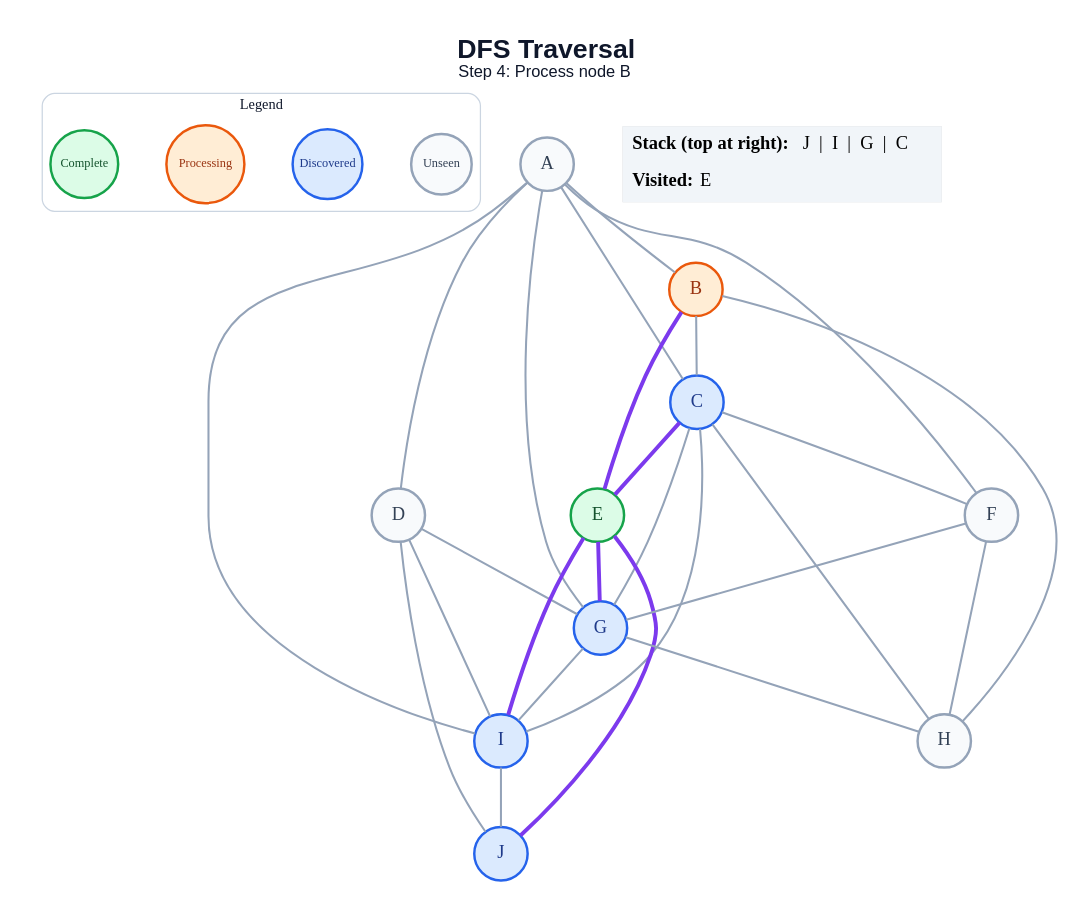
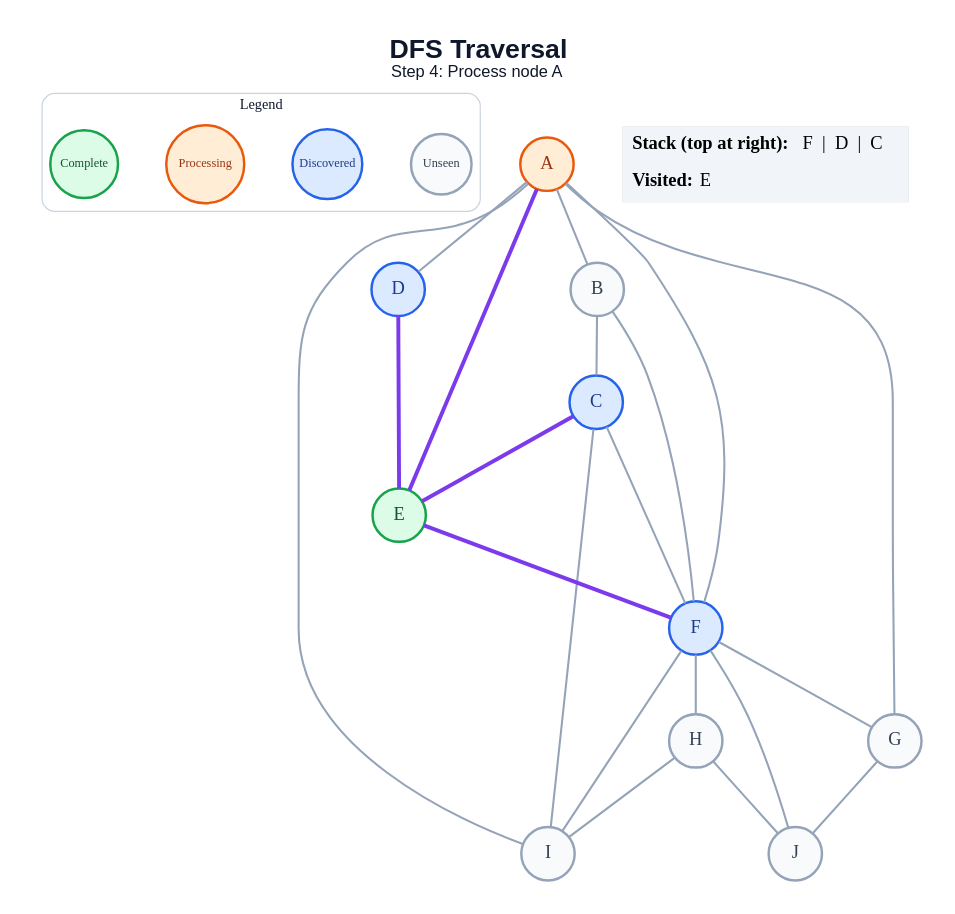
One commit to amanghodawala9/ai-slop changed the diagram in generated/specific-node/dfs/step_04.dot. Above: the diagram before and after it, drawn with Graphviz. The commit also changed 178 other files, not shown here.

```diff
--- a/generated/specific-node/dfs/step_04.dot
+++ b/generated/specific-node/dfs/step_04.dot
@@ -1,54 +1,49 @@
 graph traversal {
   graph [layout=dot, rankdir=TB, bgcolor="#FFFFFF", pad="0.35", nodesep="0.65", ranksep="0.8", fontname="Arial"];
   node [shape=circle, style="filled", fontname="Arial Bold", fontsize=18, width=0.72, fixedsize=true, penwidth=2.4];
   edge [color="#94A3B8", penwidth=2.0];
-  label=<<B>DFS Traversal</B><BR/><FONT POINT-SIZE="16">Step 4: Process node B</FONT>>; labelloc="t"; fontsize=26; fontname="Arial"; fontcolor="#0F172A";
+  label=<<B>DFS Traversal</B><BR/><FONT POINT-SIZE="16">Step 4: Process node A</FONT>>; labelloc="t"; fontsize=26; fontname="Arial"; fontcolor="#0F172A";
   subgraph cluster_legend { label="Legend"; color="#CBD5E1"; penwidth=1.2; style="rounded"; fontsize=14; fontname="Arial Bold";
     key_unseen [label="Unseen", fillcolor="#F8FAFC", color="#94A3B8", fontcolor="#334155", fontsize=12, width=0.82];
     key_frontier [label="Discovered", fillcolor="#DBEAFE", color="#2563EB", fontcolor="#1E3A8A", fontsize=12, width=0.95];
     key_current [label="Processing", fillcolor="#FFEDD5", color="#EA580C", fontcolor="#9A3412", fontsize=12, width=1.05];
     key_done [label="Complete", fillcolor="#DCFCE7", color="#16A34A", fontcolor="#14532D", fontsize=12, width=0.92];
     { rank=same; key_unseen; key_frontier; key_current; key_done; }
   }
-  A [fillcolor="#F8FAFC", color="#94A3B8", fontcolor="#334155"];
-  B [fillcolor="#FFEDD5", color="#EA580C", fontcolor="#9A3412"];
+  A [fillcolor="#FFEDD5", color="#EA580C", fontcolor="#9A3412"];
+  B [fillcolor="#F8FAFC", color="#94A3B8", fontcolor="#334155"];
   C [fillcolor="#DBEAFE", color="#2563EB", fontcolor="#1E3A8A"];
-  D [fillcolor="#F8FAFC", color="#94A3B8", fontcolor="#334155"];
+  D [fillcolor="#DBEAFE", color="#2563EB", fontcolor="#1E3A8A"];
   E [fillcolor="#DCFCE7", color="#16A34A", fontcolor="#14532D"];
-  F [fillcolor="#F8FAFC", color="#94A3B8", fontcolor="#334155"];
-  G [fillcolor="#DBEAFE", color="#2563EB", fontcolor="#1E3A8A"];
+  F [fillcolor="#DBEAFE", color="#2563EB", fontcolor="#1E3A8A"];
+  G [fillcolor="#F8FAFC", color="#94A3B8", fontcolor="#334155"];
   H [fillcolor="#F8FAFC", color="#94A3B8", fontcolor="#334155"];
-  I [fillcolor="#DBEAFE", color="#2563EB", fontcolor="#1E3A8A"];
-  J [fillcolor="#DBEAFE", color="#2563EB", fontcolor="#1E3A8A"];
+  I [fillcolor="#F8FAFC", color="#94A3B8", fontcolor="#334155"];
+  J [fillcolor="#F8FAFC", color="#94A3B8", fontcolor="#334155"];
   A -- B;
-  A -- C;
   A -- D;
+  A -- E [color="#7C3AED", penwidth=3.8];
   A -- F;
   A -- G;
   A -- I;
   B -- C;
-  B -- E [color="#7C3AED", penwidth=3.8];
-  B -- H;
+  B -- F;
   C -- E [color="#7C3AED", penwidth=3.8];
   C -- F;
-  C -- G;
-  C -- H;
   C -- I;
-  D -- G;
-  D -- I;
-  D -- J;
-  E -- G [color="#7C3AED", penwidth=3.8];
-  E -- I [color="#7C3AED", penwidth=3.8];
-  E -- J [color="#7C3AED", penwidth=3.8];
+  D -- E [color="#7C3AED", penwidth=3.8];
+  E -- F [color="#7C3AED", penwidth=3.8];
   F -- G;
   F -- H;
-  G -- H;
-  G -- I;
-  I -- J;
+  F -- I;
+  F -- J;
+  G -- J;
+  H -- I;
+  H -- J;
   status [shape=plain, fixedsize=false, width=0, height=0, margin=0, label=<
     <TABLE BORDER="0" CELLBORDER="0" CELLPADDING="7" BGCOLOR="#F1F5F9">
-      <TR><TD ALIGN="LEFT"><B>Stack (top at right):</B> J  |  I  |  G  |  C</TD></TR>
+      <TR><TD ALIGN="LEFT"><B>Stack (top at right):</B> F  |  D  |  C</TD></TR>
       <TR><TD ALIGN="LEFT"><B>Visited:</B> E</TD></TR>
     </TABLE>
   >];
 }
```
